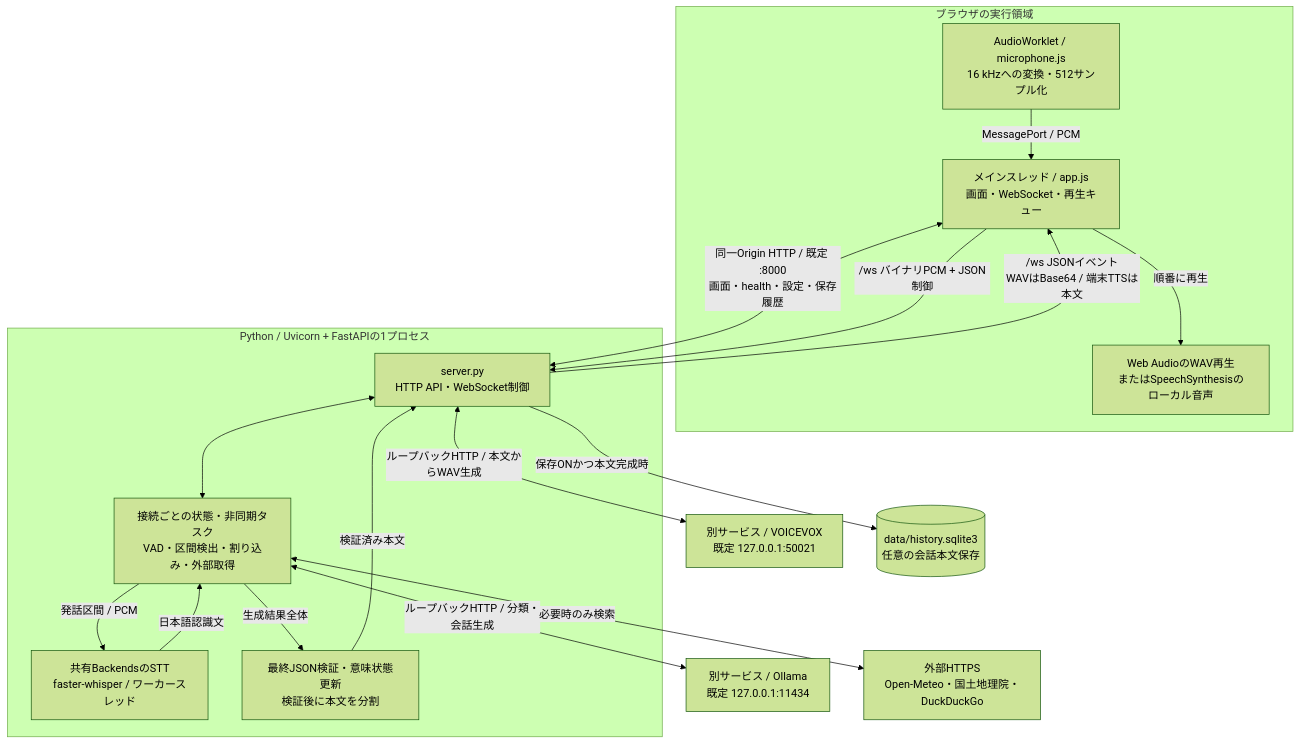
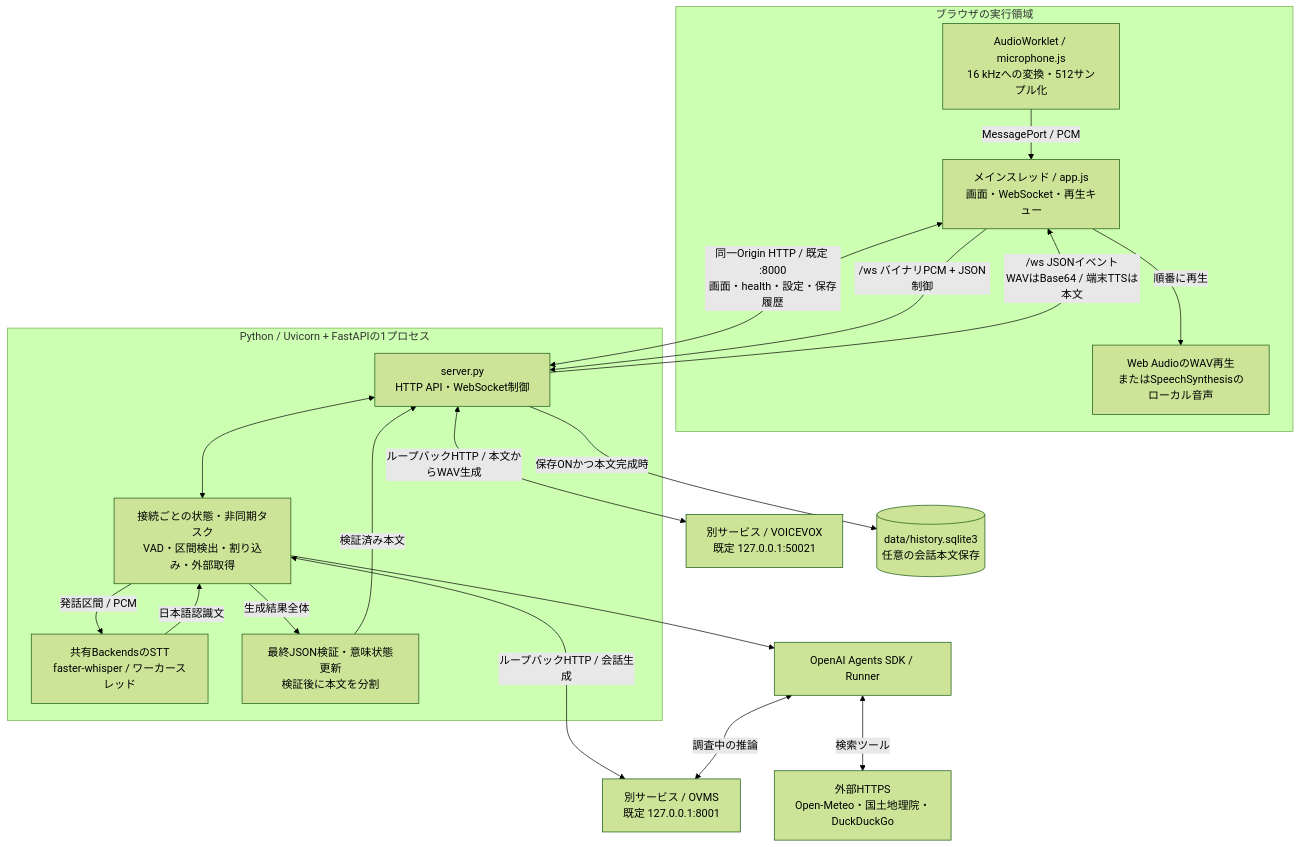
Before and after one commit to kazukiminemura/aivo: the second of 5 diagrams in docs/architecture.md, drawn with Mermaid (forest theme). The commit also changed other lines of this file and 27 other files, not shown here.

Commit message:
Use OVMS for inference and the Agents SDK for research

````diff
--- a/docs/architecture.md
+++ b/docs/architecture.md
@@ -52,32 +52,34 @@
 ```mermaid
 flowchart TB
     subgraph Browser[ブラウザの実行領域]
         UI["メインスレッド / app.js<br/>画面・WebSocket・再生キュー"]
         AW["AudioWorklet / microphone.js<br/>16 kHzへの変換・512サンプル化"]
         PLAY["Web AudioのWAV再生<br/>またはSpeechSynthesisのローカル音声"]
         AW -->|MessagePort / PCM| UI
         UI -->|順番に再生| PLAY
     end
     subgraph Python[Python / Uvicorn + FastAPIの1プロセス]
         API["server.py<br/>HTTP API・WebSocket制御"]
         FLOW["接続ごとの状態・非同期タスク<br/>VAD・区間検出・割り込み・外部取得"]
         STT["共有BackendsのSTT<br/>faster-whisper / ワーカースレッド"]
         VALID["最終JSON検証・意味状態更新<br/>検証後に本文を分割"]
         API <--> FLOW
         FLOW -->|発話区間 / PCM| STT
         STT -->|日本語認識文| FLOW
         FLOW -->|生成結果全体| VALID
         VALID -->|検証済み本文| API
     end
-    O["別サービス / Ollama<br/>既定 127.0.0.1:11434"]
+    O["別サービス / OVMS<br/>既定 127.0.0.1:8001"]
     V["別サービス / VOICEVOX<br/>既定 127.0.0.1:50021"]
     EXT["外部HTTPS<br/>Open-Meteo・国土地理院・DuckDuckGo"]
     DB[("data/history.sqlite3<br/>任意の会話本文保存")]
     UI <-->|"同一Origin HTTP / 既定 :8000<br/>画面・health・設定・保存履歴"| API
     UI -->|"/ws バイナリPCM + JSON制御"| API
     API -->|"/ws JSONイベント<br/>WAVはBase64 / 端末TTSは本文"| UI
-    FLOW <-->|ループバックHTTP / 分類・会話生成| O
-    FLOW <-->|必要時のみ検索| EXT
+    FLOW <-->|ループバックHTTP / 会話生成| O
+    FLOW --> SDK[OpenAI Agents SDK / Runner]
+    SDK <-->|調査中の推論| O
+    SDK <-->|検索ツール| EXT
     API <-->|ループバックHTTP / 本文からWAV生成| V
     API -->|保存ONかつ本文完成時| DB
 ```
````
